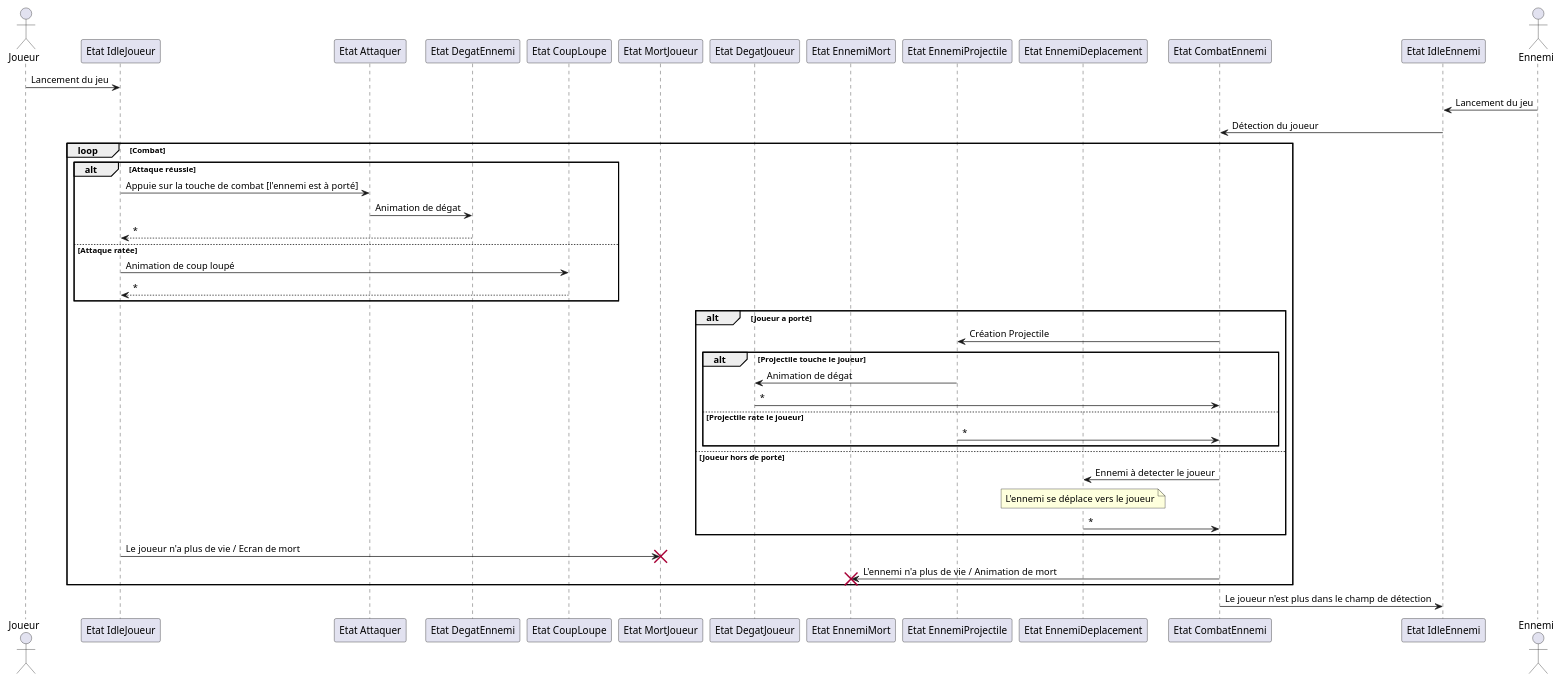
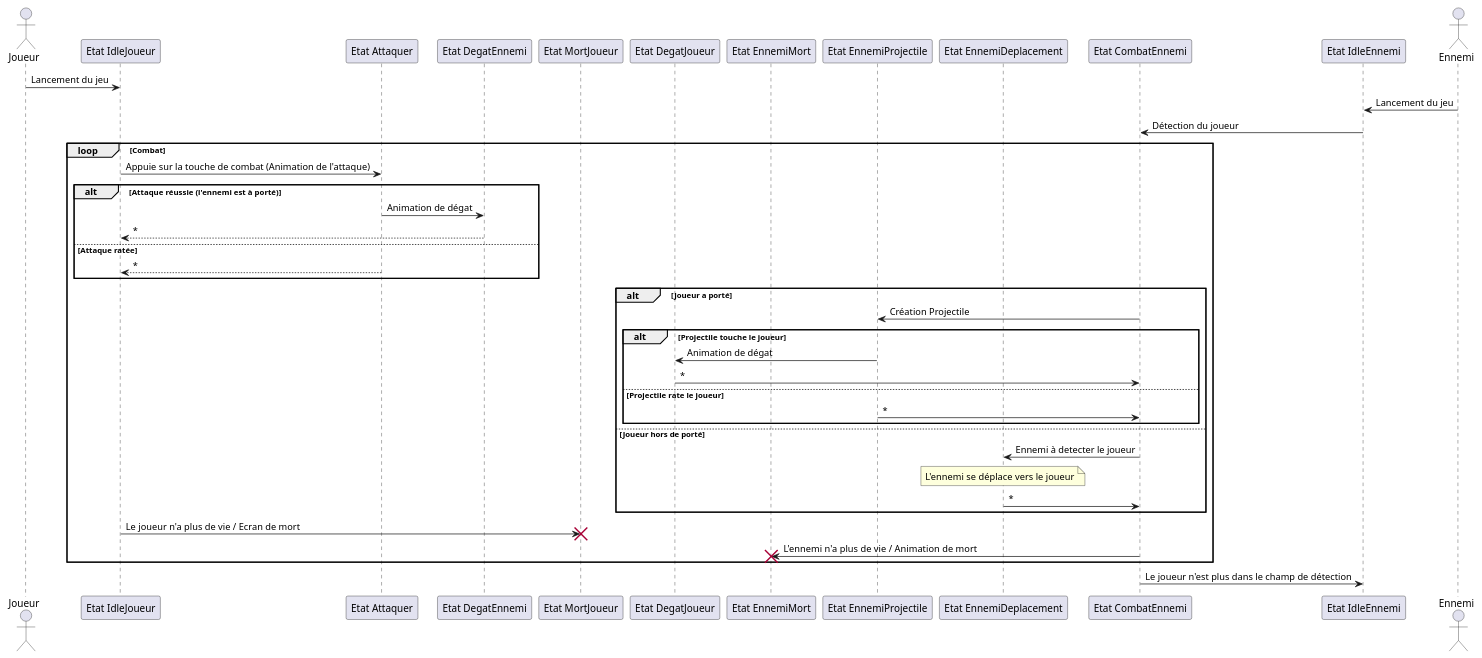
The diagram in uml/Sequence_Combat.wsd (Lazouliss/tp-acvl), drawn with PlantUML before and after one commit.

Commit message:
fix: remove couploupe state

```diff
--- a/uml/Sequence_Combat.wsd
+++ b/uml/Sequence_Combat.wsd
@@ -1,62 +1,60 @@
 @startuml Sequence_Combat
 actor Joueur
 
 participant "Etat IdleJoueur" as EtatIdleJoueur
 participant "Etat Attaquer" as EtatAttaquer
 participant "Etat DegatEnnemi" as EtatDegatEnnemi
-participant "Etat CoupLoupe" as EtatCoupLoupe
 participant "Etat MortJoueur" as EtatMortJoueur
 
 participant "Etat DegatJoueur" as EtatDegatJoueur
 participant "Etat EnnemiMort" as EtatEnnemiMort
 participant "Etat EnnemiProjectile" as EtatEnnemiProjectile
 participant "Etat EnnemiDeplacement" as EtatEnnemiDeplacement
 participant "Etat CombatEnnemi" as EtatCombatEnnemi
 participant "Etat IdleEnnemi" as EtatIdleEnnemi
 
 actor Ennemi
 
 Joueur -> EtatIdleJoueur : Lancement du jeu
 
 Ennemi -> EtatIdleEnnemi : Lancement du jeu
 EtatIdleEnnemi -> EtatCombatEnnemi : Détection du joueur
 
 loop Combat
-    alt Attaque réussie
-        EtatIdleJoueur -> EtatAttaquer : Appuie sur la touche de combat [l'ennemi est à porté]
+    EtatIdleJoueur -> EtatAttaquer : Appuie sur la touche de combat (Animation de l'attaque)
+    alt Attaque réussie (l'ennemi est à porté)
         EtatAttaquer -> EtatDegatEnnemi : Animation de dégat
         EtatDegatEnnemi --> EtatIdleJoueur : *
     else Attaque ratée
-        EtatIdleJoueur -> EtatCoupLoupe : Animation de coup loupé
-        EtatCoupLoupe --> EtatIdleJoueur : *
+        EtatAttaquer --> EtatIdleJoueur : *
     end
 
     /' Soit l'ennemie avance vers le joueur, soit il attaque '/
     alt Joueur a porté
         EtatCombatEnnemi -> EtatEnnemiProjectile : Création Projectile
         alt Projectile touche le joueur
             EtatEnnemiProjectile -> EtatDegatJoueur : Animation de dégat
             EtatDegatJoueur -> EtatCombatEnnemi : *
         else Projectile rate le joueur
             EtatEnnemiProjectile -> EtatCombatEnnemi : *
         end
     else Joueur hors de porté
         EtatCombatEnnemi -> EtatEnnemiDeplacement : Ennemi à detecter le joueur
         note over EtatEnnemiDeplacement : L'ennemi se déplace vers le joueur
         EtatEnnemiDeplacement -> EtatCombatEnnemi : *
     end
     
     
     
     /' Je ne suis pas sûr de comment représenter les morts, 
     peut-être partant de l'attaque directement 
     (reçu pour la mort du joueur et asséné pour celle de l'ennemi)
     '/
     EtatIdleJoueur -> EtatMortJoueur !! : Le joueur n'a plus de vie / Ecran de mort
     EtatCombatEnnemi -> EtatEnnemiMort !! : L'ennemi n'a plus de vie / Animation de mort
 end
 
 EtatCombatEnnemi -> EtatIdleEnnemi : Le joueur n'est plus dans le champ de détection
 
 
 @enduml
```
